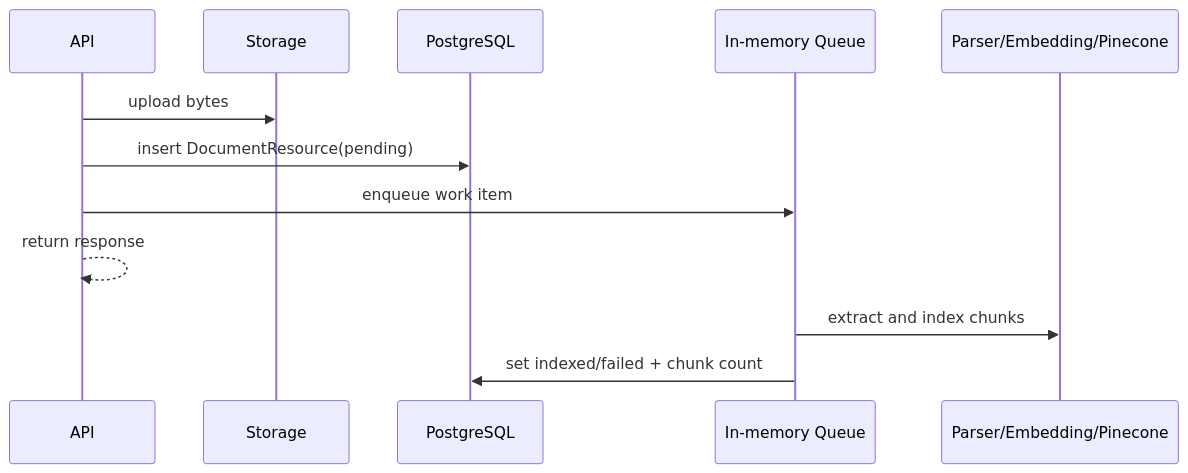
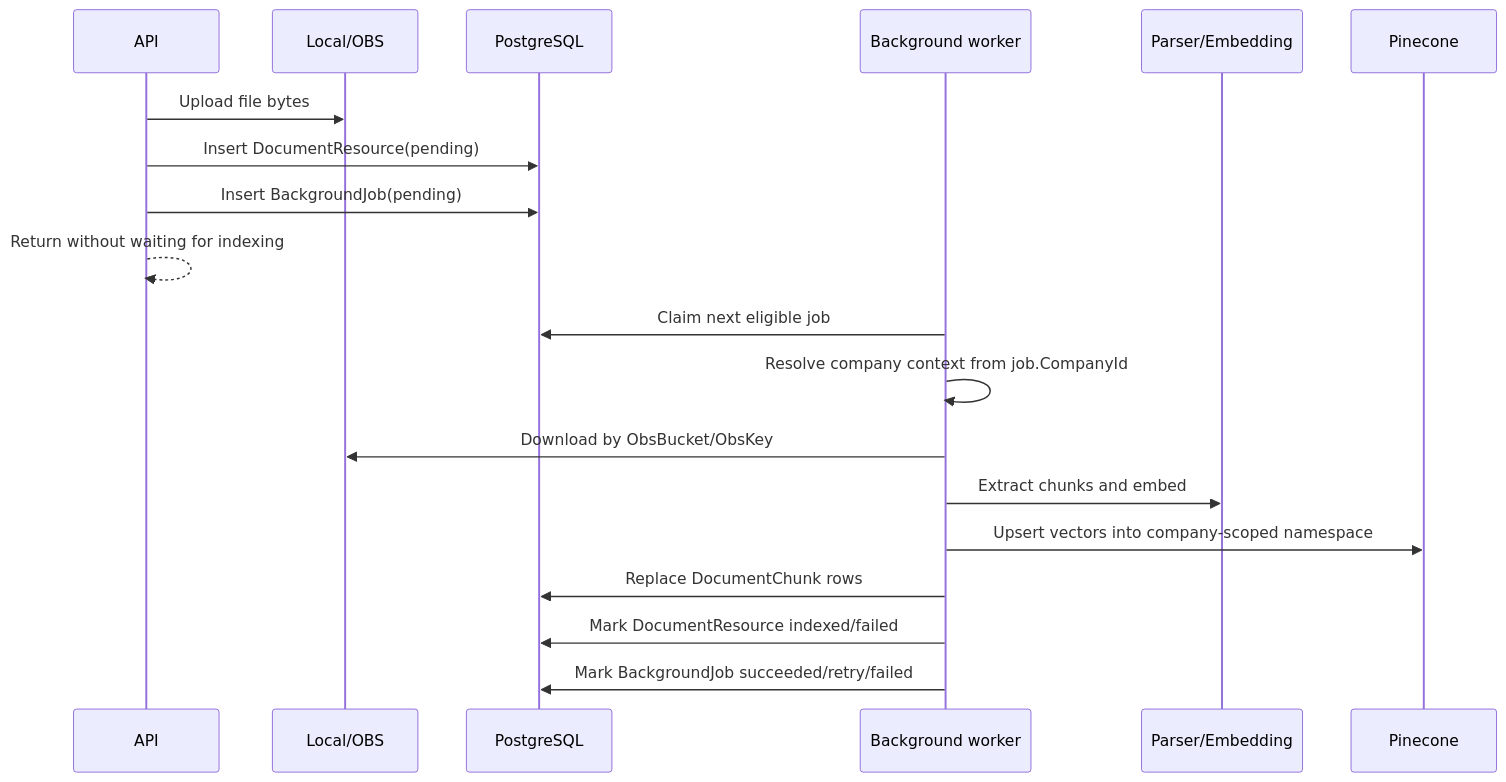
One commit to Sathaporn24/sb_supportroom changed the fourth of 6 diagrams in backend/docs/ER_DIAGRAM_AND_WORKFLOW.md. Above: the diagram before and after it, drawn with Mermaid. The commit also changed other lines of this file and 42 other files, not shown here.

````diff
--- a/backend/docs/ER_DIAGRAM_AND_WORKFLOW.md
+++ b/backend/docs/ER_DIAGRAM_AND_WORKFLOW.md
@@ -162,15 +326,22 @@
 ```mermaid
 sequenceDiagram
     participant API
-    participant Storage
+    participant Storage as Local/OBS
     participant DB as PostgreSQL
-    participant Queue as In-memory Queue
-    participant Index as Parser/Embedding/Pinecone
+    participant Worker as Background worker
+    participant AI as Parser/Embedding
+    participant Vector as Pinecone
 
-    API->>Storage: upload bytes
-    API->>DB: insert DocumentResource(pending)
-    API->>Queue: enqueue work item
-    API-->>API: return response
-    Queue->>Index: extract and index chunks
-    Queue->>DB: set indexed/failed + chunk count
+    API->>Storage: Upload file bytes
+    API->>DB: Insert DocumentResource(pending)
+    API->>DB: Insert BackgroundJob(pending)
+    API-->>API: Return without waiting for indexing
+    Worker->>DB: Claim next eligible job
+    Worker->>Worker: Resolve company context from job.CompanyId
+    Worker->>Storage: Download by ObsBucket/ObsKey
+    Worker->>AI: Extract chunks and embed
+    Worker->>Vector: Upsert vectors into company-scoped namespace
+    Worker->>DB: Replace DocumentChunk rows
+    Worker->>DB: Mark DocumentResource indexed/failed
+    Worker->>DB: Mark BackgroundJob succeeded/retry/failed
 ```
````
